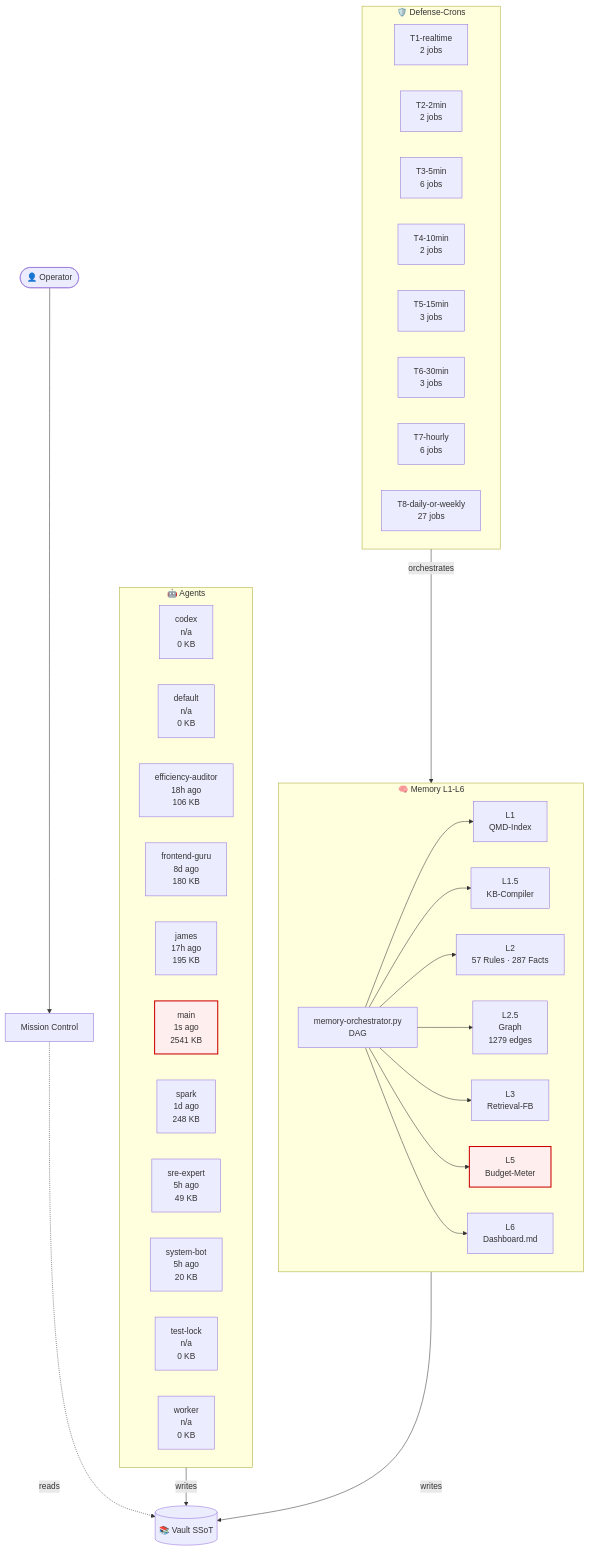
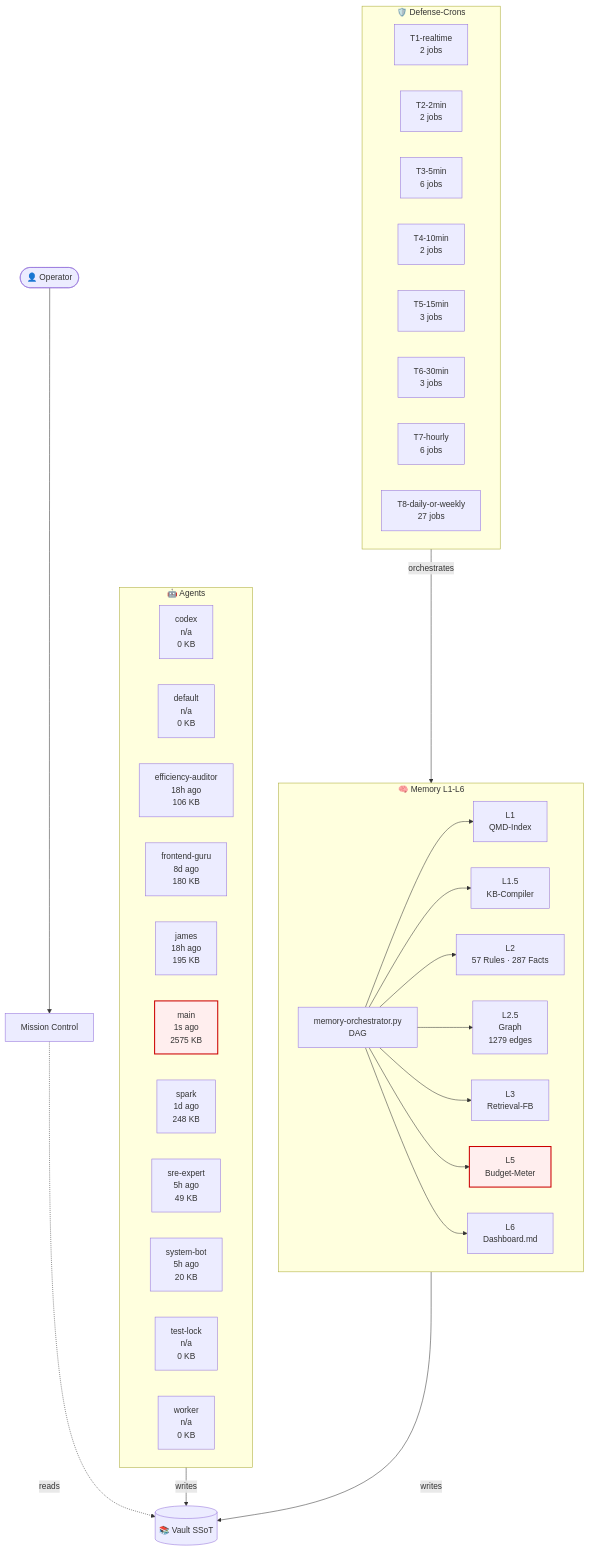
Before and after one commit to lenardhuebner88-rgb/openclaw-memory: the diagram in 03-Agents/architecture-live.md, drawn with Mermaid. The commit also changed other lines of this file and 1 other file, not shown here.

````diff
--- a/03-Agents/architecture-live.md
+++ b/03-Agents/architecture-live.md
@@ -18,54 +18,54 @@
 ```mermaid
 flowchart TB
     classDef critical fill:#fee,stroke:#c00,stroke-width:2px;
     subgraph AGT["🤖 Agents"]
         agent_codex["codex<br/>n/a<br/>0 KB"]
         agent_default["default<br/>n/a<br/>0 KB"]
         agent_efficiency_auditor["efficiency-auditor<br/>18h ago<br/>106 KB"]
         agent_frontend_guru["frontend-guru<br/>8d ago<br/>180 KB"]
-        agent_james["james<br/>17h ago<br/>195 KB"]
-        agent_main["main<br/>1s ago<br/>2541 KB"]
+        agent_james["james<br/>18h ago<br/>195 KB"]
+        agent_main["main<br/>1s ago<br/>2575 KB"]
         agent_spark["spark<br/>1d ago<br/>248 KB"]
         agent_sre_expert["sre-expert<br/>5h ago<br/>49 KB"]
         agent_system_bot["system-bot<br/>5h ago<br/>20 KB"]
         agent_test_lock["test-lock<br/>n/a<br/>0 KB"]
         agent_worker["worker<br/>n/a<br/>0 KB"]
     end
     subgraph MEM["🧠 Memory L1-L6"]
         L1["L1<br/>QMD-Index"]
         L15["L1.5<br/>KB-Compiler"]
         L2["L2<br/>57 Rules · 287 Facts"]
         L25["L2.5<br/>Graph<br/>1279 edges"]
         L3["L3<br/>Retrieval-FB"]
         L5["L5<br/>Budget-Meter"]
         L6["L6<br/>Dashboard.md"]
         ORCH["memory-orchestrator.py<br/>DAG"]
     end
     subgraph CRN["🛡️ Defense-Crons"]
         tier_T1_realtime["T1-realtime<br/>2 jobs"]
         tier_T2_2min["T2-2min<br/>2 jobs"]
         tier_T3_5min["T3-5min<br/>6 jobs"]
         tier_T4_10min["T4-10min<br/>2 jobs"]
         tier_T5_15min["T5-15min<br/>3 jobs"]
         tier_T6_30min["T6-30min<br/>3 jobs"]
         tier_T7_hourly["T7-hourly<br/>6 jobs"]
         tier_T8_daily_or_weekly["T8-daily-or-weekly<br/>27 jobs"]
     end
     VAULT[("📚 Vault SSoT")]
     OP([👤 Operator])
     MC["Mission Control"]
     OP --> MC
     MC -.reads.-> VAULT
     AGT -->|writes| VAULT
     MEM -->|writes| VAULT
     ORCH --> L1
     ORCH --> L15
     ORCH --> L2
     ORCH --> L25
     ORCH --> L3
     ORCH --> L5
     ORCH --> L6
     CRN -->|orchestrates| MEM
     class L5 critical
     class agent_main critical
 ```
````
